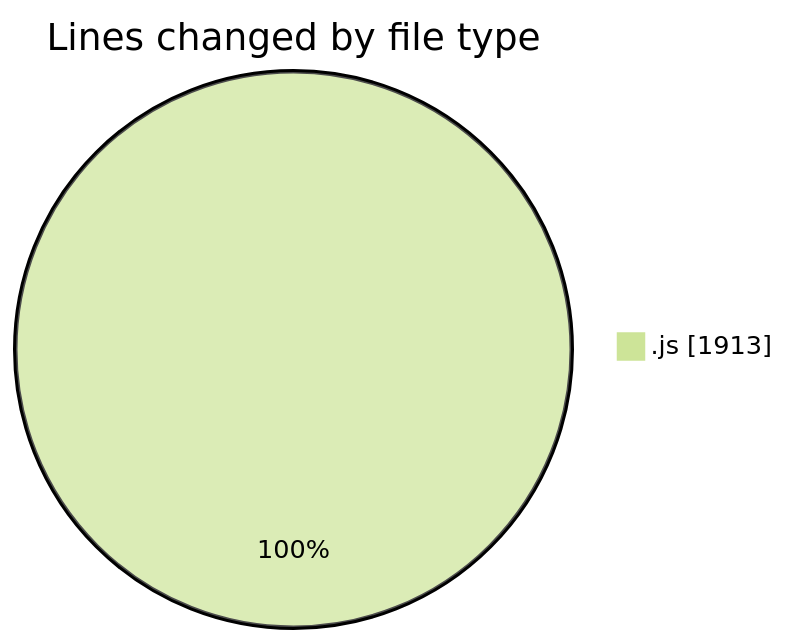
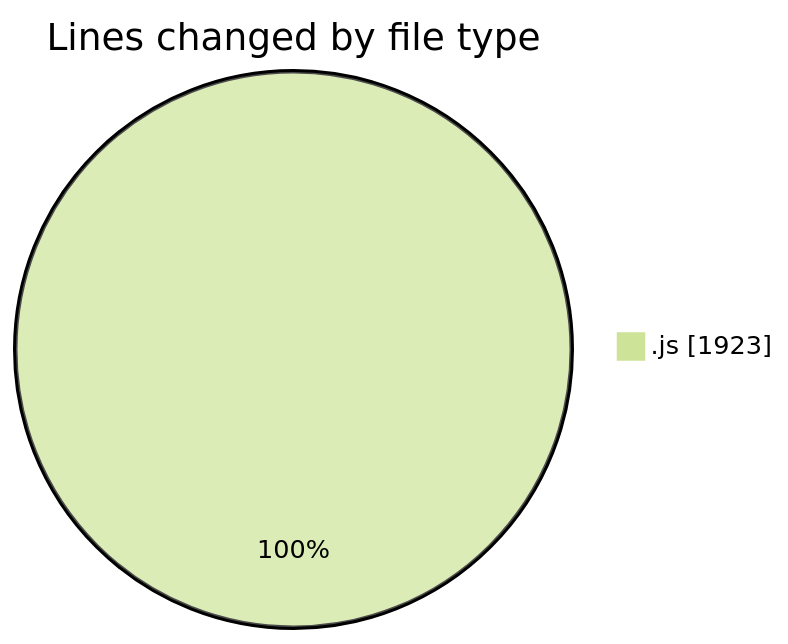
The first of 2 diagrams in 2025-04-03/jsvms/README.md (BS-eng2023/code-tracking), drawn with Mermaid (forest theme) before and after one commit. The commit also changed other lines of this file and 1 other file, not shown here.

````diff
--- a/2025-04-03/jsvms/README.md
+++ b/2025-04-03/jsvms/README.md
@@ -31,5 +31,5 @@
 ```mermaid
 pie showData
 title Lines changed by file type
-".js" : 1913
+".js" : 1923
 ```
````
